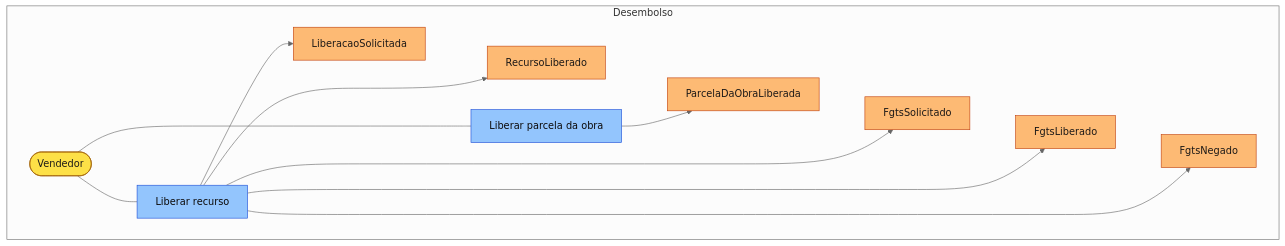
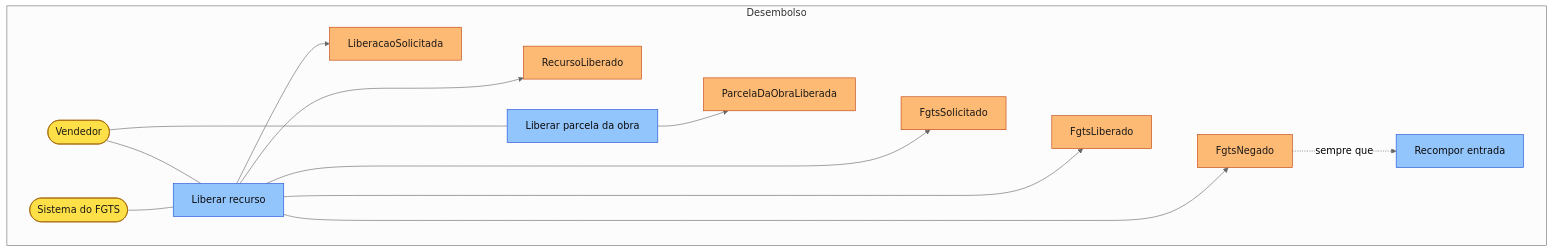
Diagram 11 of 12 in docs/dominio/especificacao.md (lucasqss/sistema-financiamento), drawn with Mermaid (neutral theme) before and after one commit. The commit also changed other lines of this file and 3 other files, not shown here.

````diff
--- a/docs/dominio/especificacao.md
+++ b/docs/dominio/especificacao.md
@@ -1802,33 +1934,37 @@
 ```mermaid
 flowchart LR
     subgraph DOM_0006_es["Desembolso"]
         direction LR
         EVT_0032["LiberacaoSolicitada"]:::evento
-        UC_0016["Liberar recurso"]:::comando
+        UC_0021["Liberar recurso"]:::comando
         ATR_0003(["Vendedor"]):::ator
+        ATR_0012(["Sistema do FGTS"]):::ator
         EVT_0033["RecursoLiberado"]:::evento
         EVT_0034["ParcelaDaObraLiberada"]:::evento
-        UC_0017["Liberar parcela da obra"]:::comando
+        UC_0023["Liberar parcela da obra"]:::comando
         EVT_0035["FgtsSolicitado"]:::evento
         EVT_0036["FgtsLiberado"]:::evento
         EVT_0037["FgtsNegado"]:::evento
+        UC_0022["Recompor entrada"]:::comando
     end
-    UC_0016 --> EVT_0032
-    ATR_0003 --- UC_0016
+    UC_0021 --> EVT_0032
+    ATR_0003 --- UC_0021
+    ATR_0012 --- UC_0021
     EVT_0032 ~~~ EVT_0033
-    UC_0016 --> EVT_0033
+    UC_0021 --> EVT_0033
     EVT_0033 ~~~ EVT_0034
-    UC_0017 --> EVT_0034
-    ATR_0003 --- UC_0017
+    UC_0023 --> EVT_0034
+    ATR_0003 --- UC_0023
     EVT_0034 ~~~ EVT_0035
-    UC_0016 --> EVT_0035
+    UC_0021 --> EVT_0035
     EVT_0035 ~~~ EVT_0036
-    UC_0016 --> EVT_0036
+    UC_0021 --> EVT_0036
     EVT_0036 ~~~ EVT_0037
-    UC_0016 --> EVT_0037
+    UC_0021 --> EVT_0037
+    EVT_0037 -.->|sempre que| UC_0022
     classDef evento fill:#fdba74,stroke:#c2410c,color:#1c1917
     classDef comando fill:#93c5fd,stroke:#1d4ed8,color:#0c0a09
     classDef ator fill:#fde047,stroke:#a16207,color:#1c1917
     classDef agregado fill:#fef3c7,stroke:#b45309,color:#1c1917
     classDef semOrigem stroke-dasharray:5 4,stroke-width:2px
 ```
````
